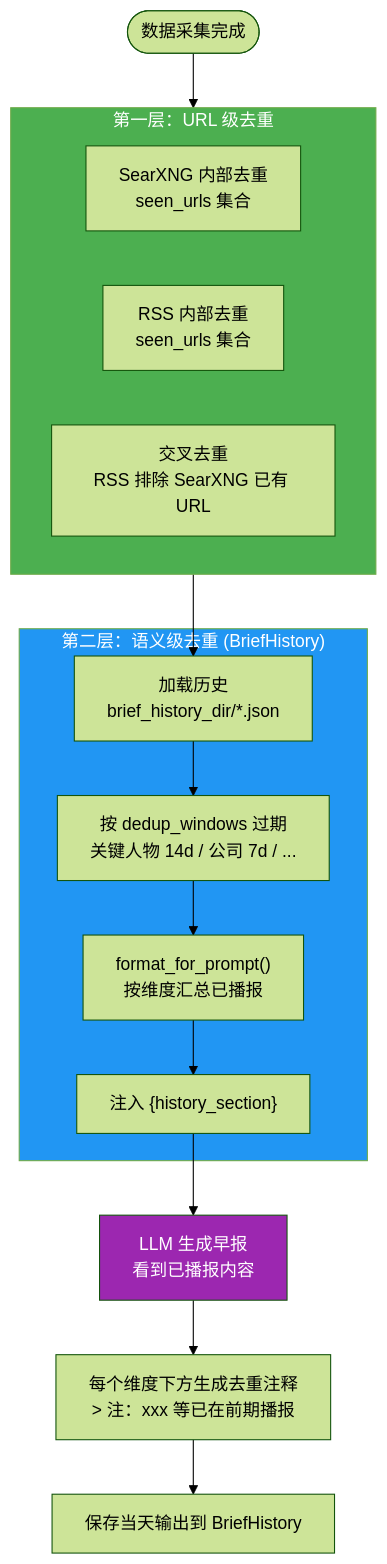
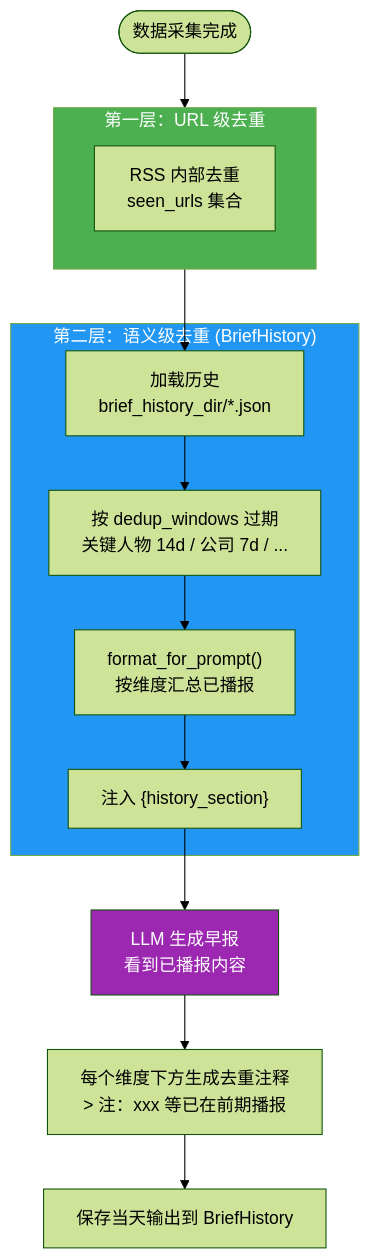
Before and after one commit to xinovate/linglong-scout: the first of 2 diagrams in docs/design/03-dedup.md, drawn with Mermaid (forest theme). The commit also changed other lines of this file and 17 other files, not shown here.

First line of the commit message:
docs: 清理 SearXNG 引用，更新规则文件和文档

````diff
--- a/docs/design/03-dedup.md
+++ b/docs/design/03-dedup.md
@@ -16,29 +16,27 @@
 ```mermaid
 flowchart TD
     START([数据采集完成]) --> URL_DEDUP
 
     subgraph URL_DEDUP["第一层：URL 级去重"]
-        U1["SearXNG 内部去重<br/>seen_urls 集合"]
-        U2["RSS 内部去重<br/>seen_urls 集合"]
-        U3["交叉去重<br/>RSS 排除 SearXNG 已有 URL"]
+        U1["RSS 内部去重<br/>seen_urls 集合"]
     end
 
     URL_DEDUP --> BH_LOAD
 
     subgraph SEMANTIC["第二层：语义级去重 (BriefHistory)"]
         BH_LOAD["加载历史<br/>brief_history_dir/*.json"]
         BH_FILTER["按 dedup_windows 过期<br/>关键人物 14d / 公司 7d / ..."]
         BH_FORMAT["format_for_prompt()<br/>按维度汇总已播报"]
         BH_INJECT["注入 {history_section}"]
 
         BH_LOAD --> BH_FILTER --> BH_FORMAT --> BH_INJECT
     end
 
     BH_INJECT --> LLM["LLM 生成早报<br/>看到已播报内容"]
     LLM --> DEDUP_NOTE["每个维度下方生成去重注释<br/>> 注：xxx 等已在前期播报"]
     DEDUP_NOTE --> SAVE["保存当天输出到 BriefHistory"]
 
     style URL_DEDUP fill:#4CAF50,color:#fff
     style SEMANTIC fill:#2196F3,color:#fff
     style LLM fill:#9C27B0,color:#fff
 ```
````
